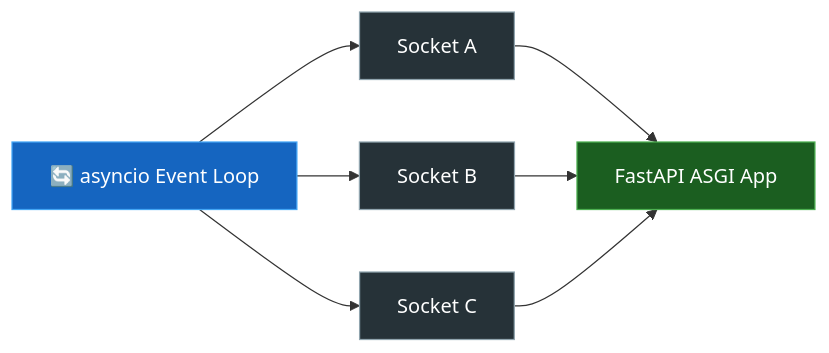
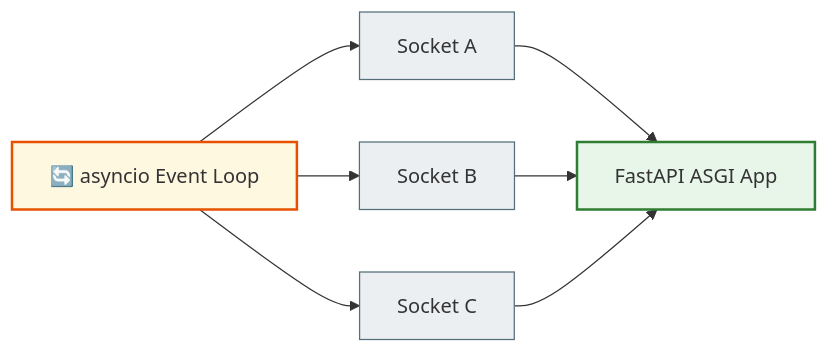
Before and after one commit to NikoriakViktot/notes_chat_app: the fifth of 9 diagrams in docs/01_web_foundations/server.md, drawn with Mermaid. The commit also changed other lines of this file and 441 other files, not shown here.

First line of the commit message:
Add English version of the book, Mermaid standard, docs fixes

````diff
--- a/docs/01_web_foundations/server.md
+++ b/docs/01_web_foundations/server.md
@@ -560,24 +574,28 @@
 ```mermaid
 
 flowchart LR
 
-    classDef loop fill:#1565C0,stroke:#42A5F5,color:#fff
-    classDef socket fill:#263238,stroke:#90a4ae,color:#fff
-    classDef app fill:#1b5e20,stroke:#4CAF50,color:#fff
+    EventLoop["🔄 asyncio Event Loop"]
 
-    EventLoop["🔄 asyncio Event Loop"]:::loop
+    Socket1["Socket A"]
+    Socket2["Socket B"]
+    Socket3["Socket C"]
 
-    Socket1["Socket A"]:::socket
-    Socket2["Socket B"]:::socket
-    Socket3["Socket C"]:::socket
-
-    FastAPI["FastAPI ASGI App"]:::app
+    FastAPI["FastAPI ASGI App"]
 
     EventLoop --> Socket1
     EventLoop --> Socket2
     EventLoop --> Socket3
 
     Socket1 --> FastAPI
     Socket2 --> FastAPI
     Socket3 --> FastAPI
+
+    classDef step     fill:#eceff1,stroke:#546e7a,stroke-width:1px;
+    classDef success  fill:#e8f5e9,stroke:#2e7d32,stroke-width:2px;
+    classDef warning  fill:#fff8e1,stroke:#e65100,stroke-width:2px;
+
+    class EventLoop warning;
+    class Socket1,Socket2,Socket3 step;
+    class FastAPI success;
 ```
````
